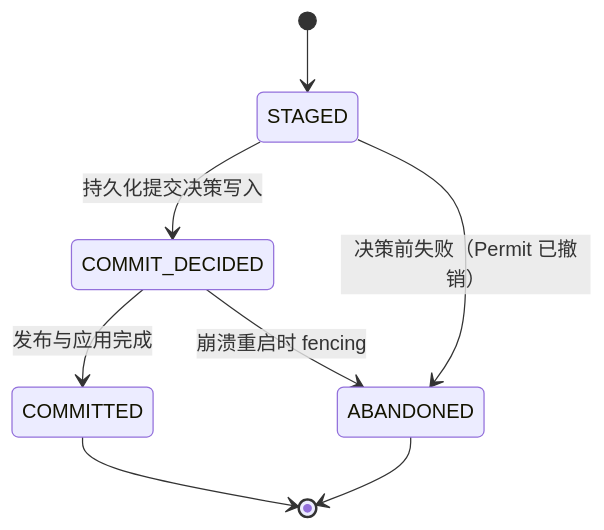
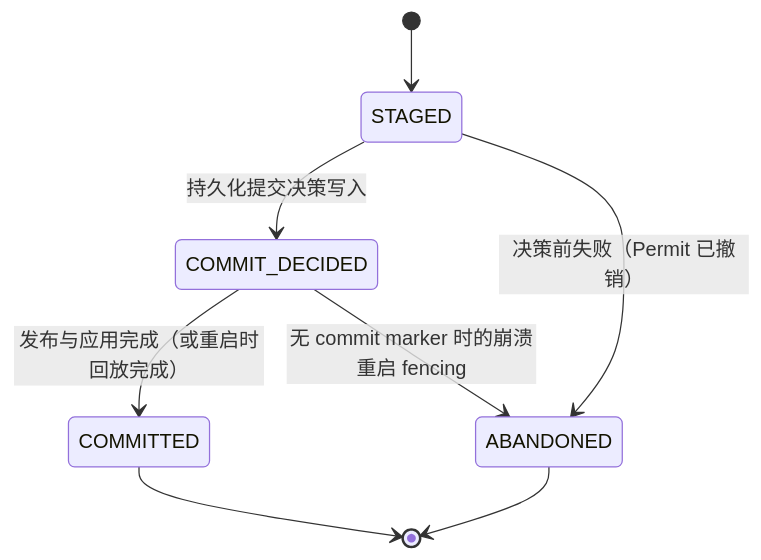
Before and after one commit to diaosj/fluxway: the first of 2 diagrams in docs/checkpoint_zh.md, drawn with Mermaid. The commit also changed other lines of this file and 170 other files, not shown here.

````diff
--- a/docs/checkpoint_zh.md
+++ b/docs/checkpoint_zh.md
@@ -37,10 +49,10 @@
 ```mermaid
 stateDiagram-v2
     [*] --> STAGED
     STAGED --> COMMIT_DECIDED: 持久化提交决策写入
     STAGED --> ABANDONED: 决策前失败（Permit 已撤销）
-    COMMIT_DECIDED --> COMMITTED: 发布与应用完成
-    COMMIT_DECIDED --> ABANDONED: 崩溃重启时 fencing
+    COMMIT_DECIDED --> COMMITTED: 发布与应用完成（或重启时回放完成）
+    COMMIT_DECIDED --> ABANDONED: 无 commit marker 时的崩溃重启 fencing
     COMMITTED --> [*]
     ABANDONED --> [*]
 ```
````
